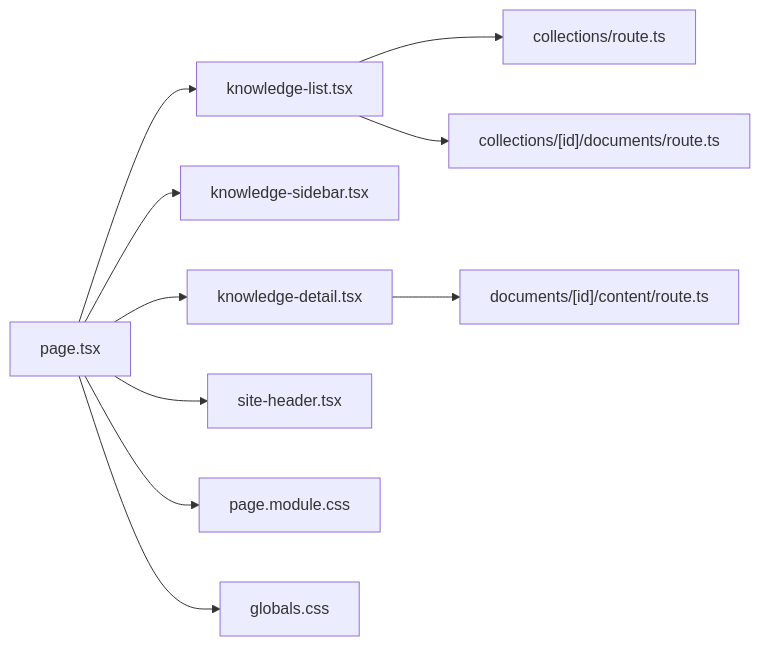
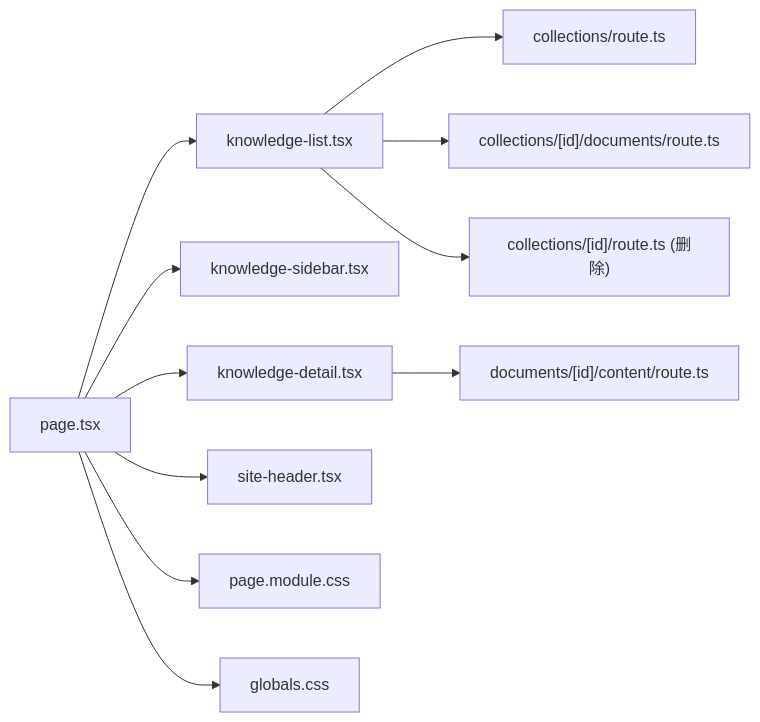
The fourth of 4 diagrams in .qoder/repowiki/zh/content/知识库管理/知识库主页面.md (wangzihao64/RAG_Front), drawn with Mermaid before and after one commit. The commit also changed other lines of this file and 29 other files, not shown here.

````diff
--- a/.qoder/repowiki/zh/content/知识库管理/知识库主页面.md
+++ b/.qoder/repowiki/zh/content/知识库管理/知识库主页面.md
@@ -232,12 +270,13 @@
 ```mermaid
 graph LR
 Page["page.tsx"] --> List["knowledge-list.tsx"]
 Page --> Sidebar["knowledge-sidebar.tsx"]
 Page --> Detail["knowledge-detail.tsx"]
 Page --> Header["site-header.tsx"]
 List --> API_Coll["collections/route.ts"]
 List --> API_Docs["collections/[id]/documents/route.ts"]
+List --> API_Delete["collections/[id]/route.ts (删除)"]
 Detail --> API_Content["documents/[id]/content/route.ts"]
 Page --> CSS_Mod["page.module.css"]
 Page --> CSS_Global["globals.css"]
 ```
````
